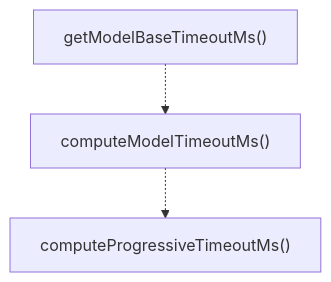
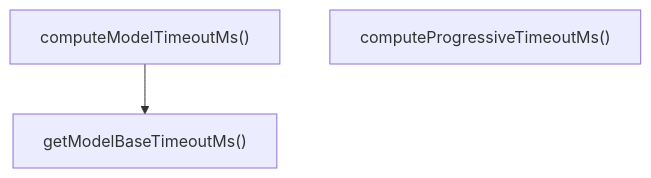
Before and after one commit to Mekann2904/mekann: the second of 2 diagrams in ABDD/.pi/lib/model-timeouts.md, drawn with Mermaid. The commit also changed other lines of this file and 277 other files, not shown here.

````diff
--- a/ABDD/.pi/lib/model-timeouts.md
+++ b/ABDD/.pi/lib/model-timeouts.md
@@ -40,8 +40,7 @@
 ```mermaid
 flowchart TD
-  getModelBaseTimeoutMs["getModelBaseTimeoutMs()"]
   computeModelTimeoutMs["computeModelTimeoutMs()"]
   computeProgressiveTimeoutMs["computeProgressiveTimeoutMs()"]
-  getModelBaseTimeoutMs -.-> computeModelTimeoutMs
-  computeModelTimeoutMs -.-> computeProgressiveTimeoutMs
+  getModelBaseTimeoutMs["getModelBaseTimeoutMs()"]
+  computeModelTimeoutMs --> getModelBaseTimeoutMs
 ```
````
